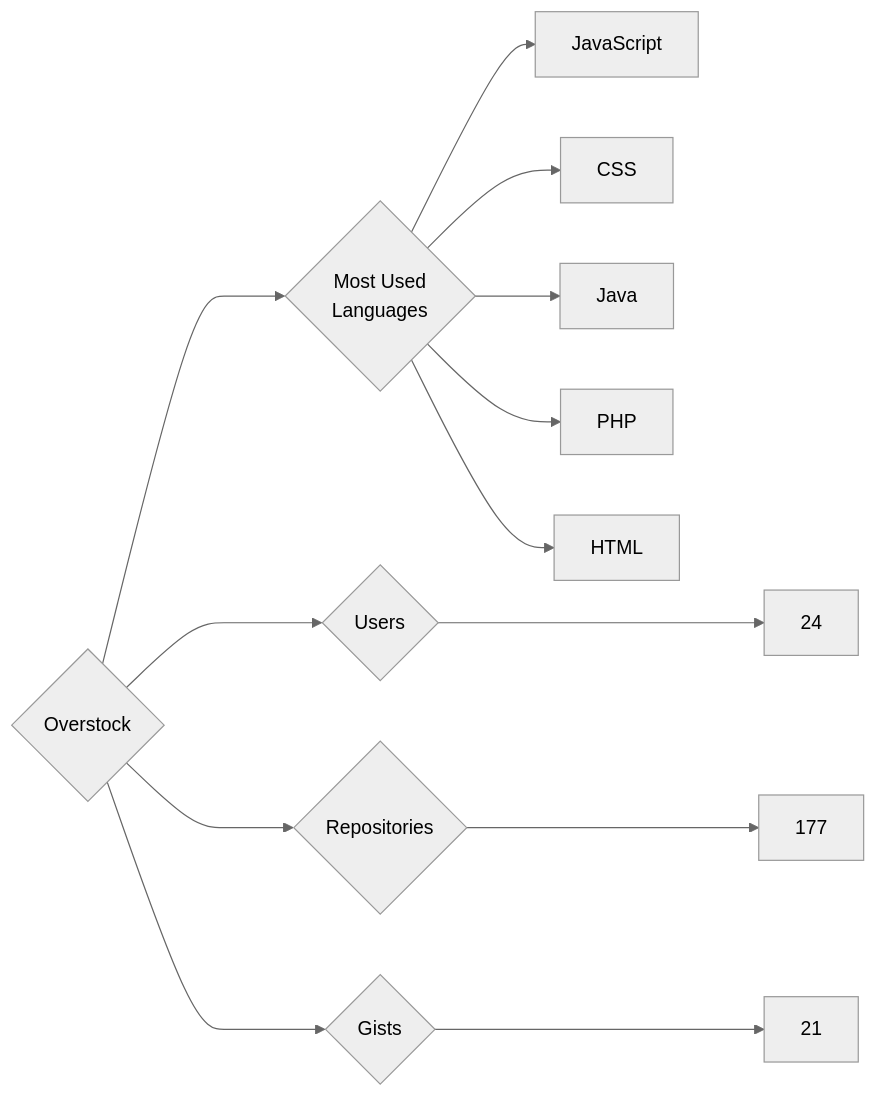
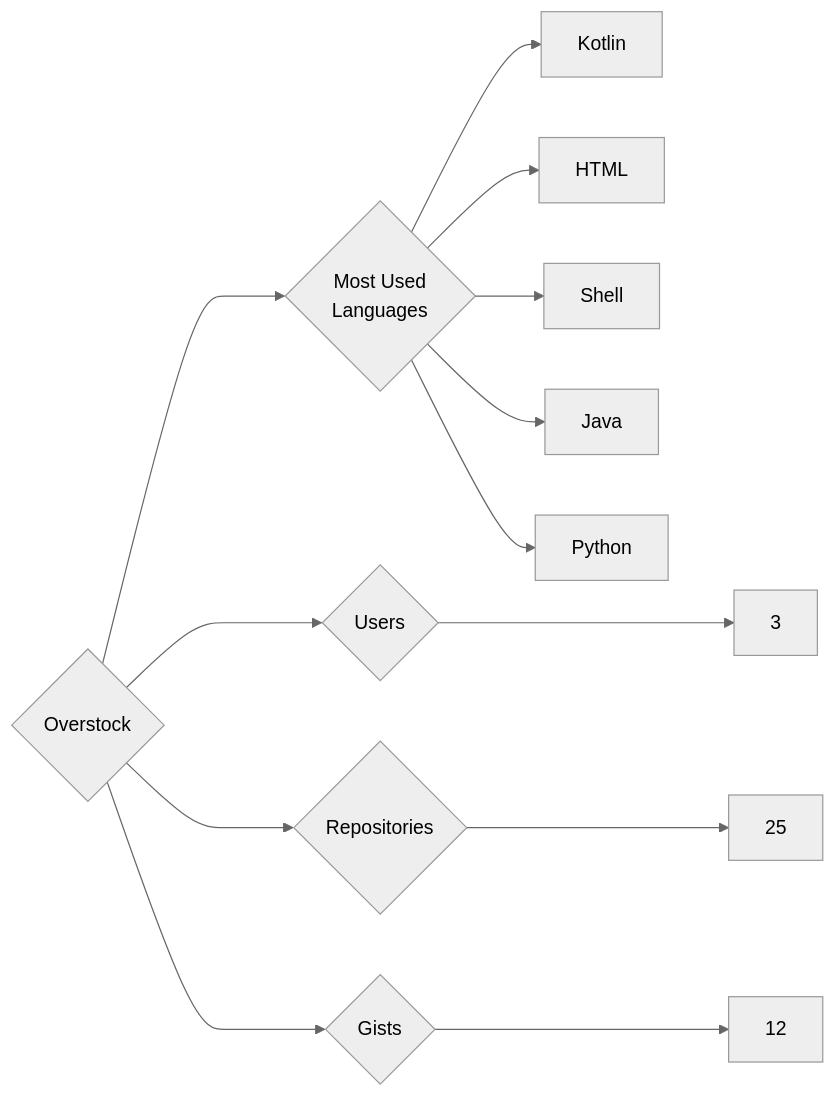
The diagram in targets/Overstock/README.md (trickest/insiders), drawn with Mermaid (neutral theme) before and after one commit. The commit also changed 871 other files, not shown here.

````diff
--- a/targets/Overstock/README.md
+++ b/targets/Overstock/README.md
@@ -3,13 +3,13 @@
 ```mermaid
 graph LR
 COMPANY_NAME{Overstock}
-COMPANY_NAME ---> U{Users} ---> UN[24]
-COMPANY_NAME ---> R{Repositories} ---> RN[177]
-COMPANY_NAME ---> G{Gists} ---> GN[21]
+COMPANY_NAME ---> U{Users} ---> UN[3]
+COMPANY_NAME ---> R{Repositories} ---> RN[25]
+COMPANY_NAME ---> G{Gists} ---> GN[12]
 COMPANY_NAME ---> ML{Most Used<br>Languages}
-ML --> JavaScript[JavaScript]
-ML --> CSS[CSS]
+ML --> Kotlin[Kotlin]
+ML --> HTML[HTML]
+ML --> Shell[Shell]
 ML --> Java[Java]
-ML --> PHP[PHP]
-ML --> HTML[HTML]
+ML --> Python[Python]
 ```
````
